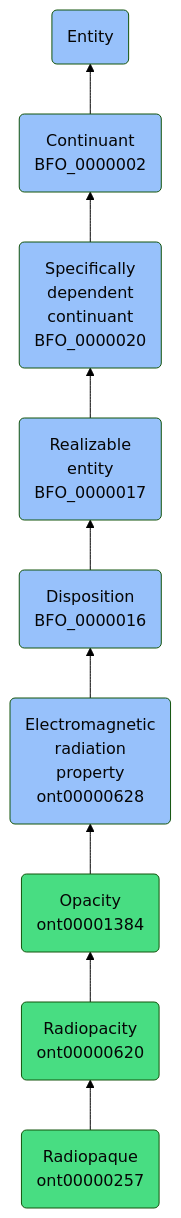
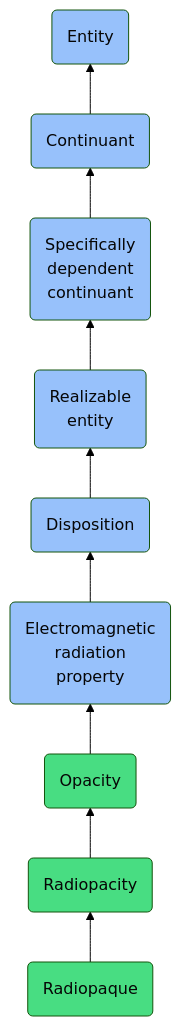
The diagram in docs/ontology/reference/model/Entity/Continuant/Specifically dependent continuant/Realizable entity/Disposition/Electromagnetic radiation property/Opacity/Radiopacity/Radiopaque/Radiopaque.md (jupyter-naas/abi), drawn with Mermaid (forest theme) before and after one commit. The commit also changed other lines of this file and 1430 other files, not shown here.

````diff
--- a/docs/ontology/reference/model/Entity/Continuant/Specifically dependent continuant/Realizable entity/Disposition/Electromagnetic radiation property/Opacity/Radiopacity/Radiopaque/Radiopaque.md
+++ b/docs/ontology/reference/model/Entity/Continuant/Specifically dependent continuant/Realizable entity/Disposition/Electromagnetic radiation property/Opacity/Radiopacity/Radiopaque/Radiopaque.md
@@ -24,16 +24,16 @@
 ```mermaid
 graph BT
-    ont00000257(Radiopaque<br>ont00000257):::ABI-->ont00000620
-    ont00000620(Radiopacity<br>ont00000620):::ABI-->ont00001384
-    ont00001384(Opacity<br>ont00001384):::ABI-->ont00000628
-    ont00000628(Electromagnetic<br>radiation<br>property<br>ont00000628):::BFO-->BFO_0000016
-    BFO_0000016(Disposition<br>BFO_0000016):::BFO-->BFO_0000017
-    BFO_0000017(Realizable<br>entity<br>BFO_0000017):::BFO-->BFO_0000020
-    BFO_0000020(Specifically<br>dependent<br>continuant<br>BFO_0000020):::BFO-->BFO_0000002
-    BFO_0000002(Continuant<br>BFO_0000002):::BFO-->BFO_0000001
+    ont00000257(Radiopaque):::ABI-->ont00000620
+    ont00000620(Radiopacity):::ABI-->ont00001384
+    ont00001384(Opacity):::ABI-->ont00000628
+    ont00000628(Electromagnetic<br>radiation<br>property):::BFO-->BFO_0000016
+    BFO_0000016(Disposition):::BFO-->BFO_0000017
+    BFO_0000017(Realizable<br>entity):::BFO-->BFO_0000020
+    BFO_0000020(Specifically<br>dependent<br>continuant):::BFO-->BFO_0000002
+    BFO_0000002(Continuant):::BFO-->BFO_0000001
     BFO_0000001(Entity):::BFO
     
     classDef BFO fill:#97c1fb,color:#060606
     classDef CCO fill:#e4c51e,color:#060606
     classDef ABI fill:#48DD82,color:#060606
 ```
````
